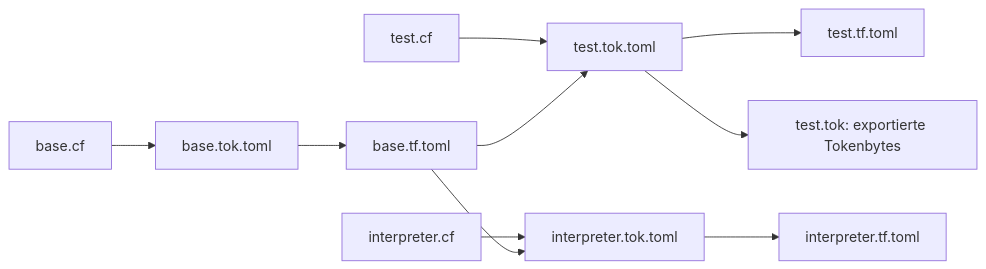
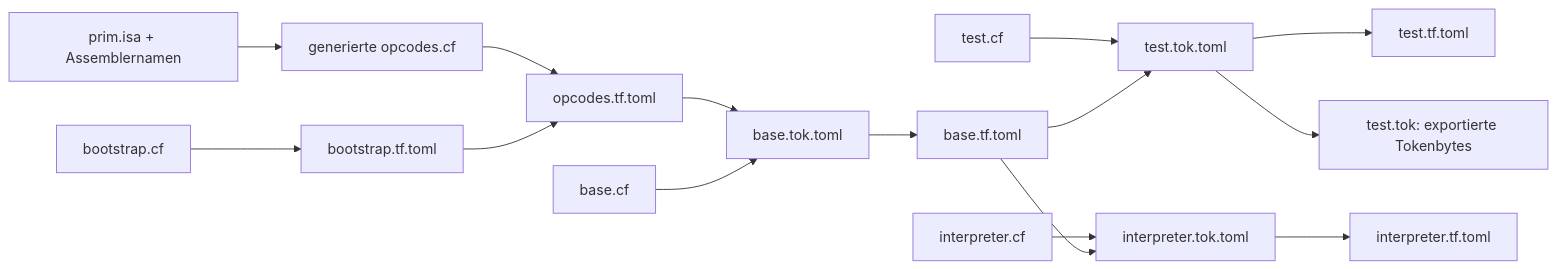
Before and after one commit to dirkmo/prim: the fifth of 5 diagrams in docs/CODE.md, drawn with Mermaid. The commit also changed other lines of this file and 20 other files, not shown here.

First line of the commit message:
Generate TokenForth opcode emitters from the ISA

````diff
--- a/docs/CODE.md
+++ b/docs/CODE.md
@@ -511,9 +558,14 @@
 ```mermaid
 flowchart LR
+    Bootstrap["bootstrap.cf"] --> BootstrapImage["bootstrap.tf.toml"]
+    ISA["prim.isa + Assemblernamen"] --> Opcodes["generierte opcodes.cf"]
+    Opcodes --> OpcodeImage["opcodes.tf.toml"]
+    BootstrapImage --> OpcodeImage
+    OpcodeImage --> BaseTok
     Base["base.cf"] --> BaseTok["base.tok.toml"] --> BaseImage["base.tf.toml"]
     Test["test.cf"] --> TestTok["test.tok.toml"] --> TestImage["test.tf.toml"]
     BaseImage --> TestTok
     TestTok --> TestBytes["test.tok: exportierte Tokenbytes"]
     Interpreter["interpreter.cf"] --> InterpTok["interpreter.tok.toml"] --> InterpImage["interpreter.tf.toml"]
     BaseImage --> InterpTok
 ```
````
